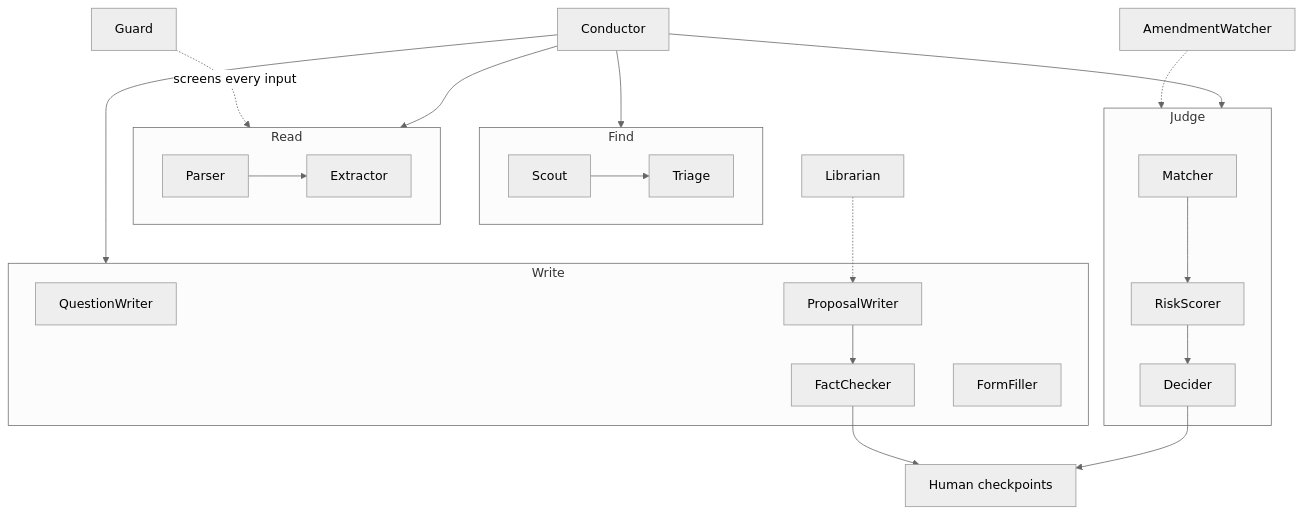
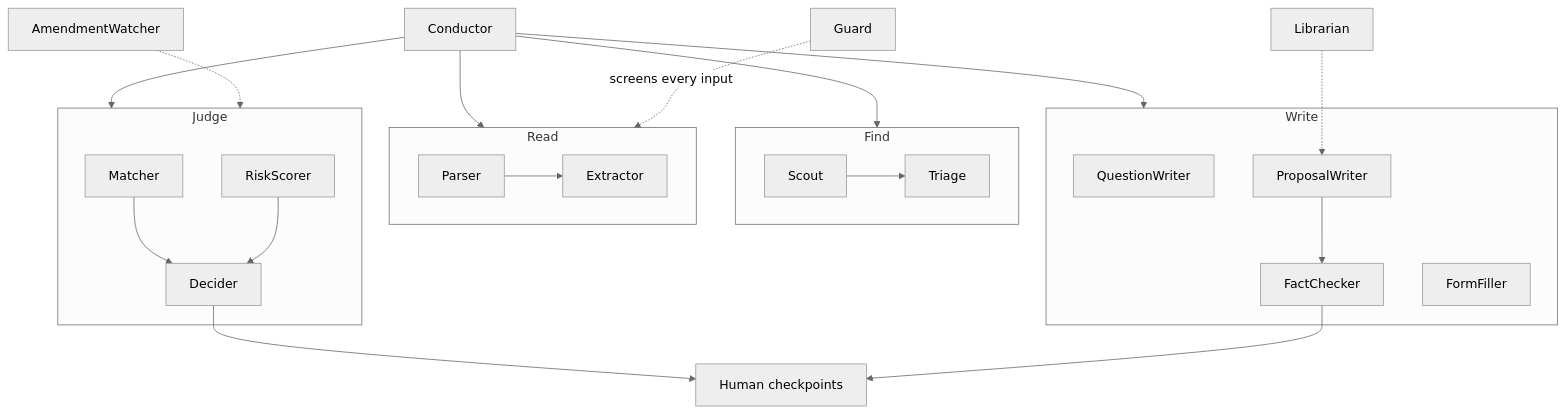
One commit to Yuvraj0208/bidproof changed the second of 5 diagrams in README.md. Above: the diagram before and after it, drawn with Mermaid (neutral theme). The commit also changed other lines of this file and 70 other files, not shown here.

````diff
--- a/README.md
+++ b/README.md
@@ -62,29 +64,30 @@
 ```mermaid
 flowchart TB
     C["Conductor"]
 
     subgraph find ["Find"]
         S["Scout"] --> T["Triage"]
     end
     subgraph read ["Read"]
         P["Parser"] --> E["Extractor"]
     end
     subgraph judge ["Judge"]
-        M["Matcher"] --> R["RiskScorer"] --> D["Decider"]
+        M["Matcher"] --> D["Decider"]
+        R["RiskScorer"] --> D
     end
     subgraph write ["Write"]
         Q["QuestionWriter"]
         W["ProposalWriter"] --> F["FactChecker"]
         FF["FormFiller"]
     end
 
     C --> find
     C --> read
     C --> judge
     C --> write
     L["Librarian"] -.-> W
     AW["AmendmentWatcher"] -.-> judge
     G["Guard"] -.->|"screens every input"| read
     D --> H["Human checkpoints"]
     F --> H
 ```
````
